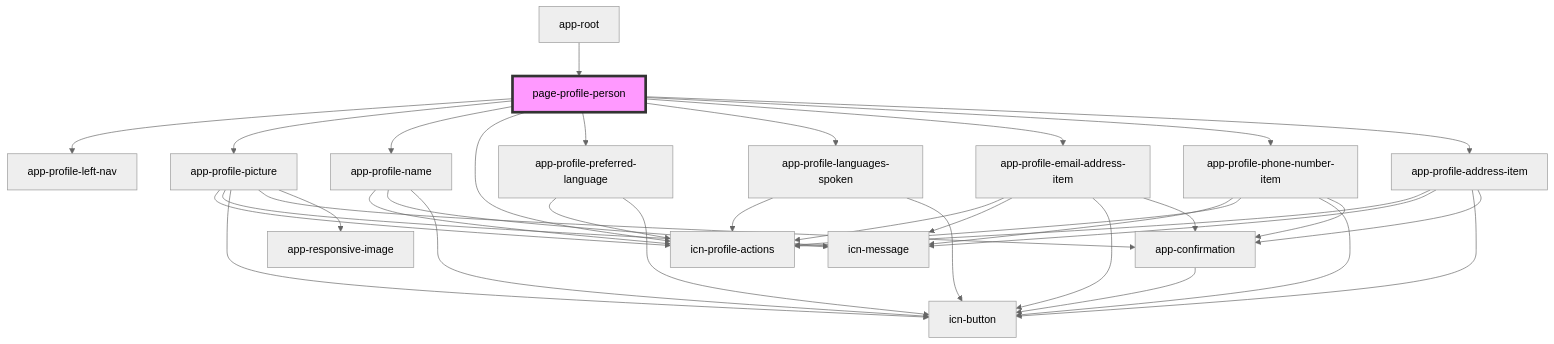
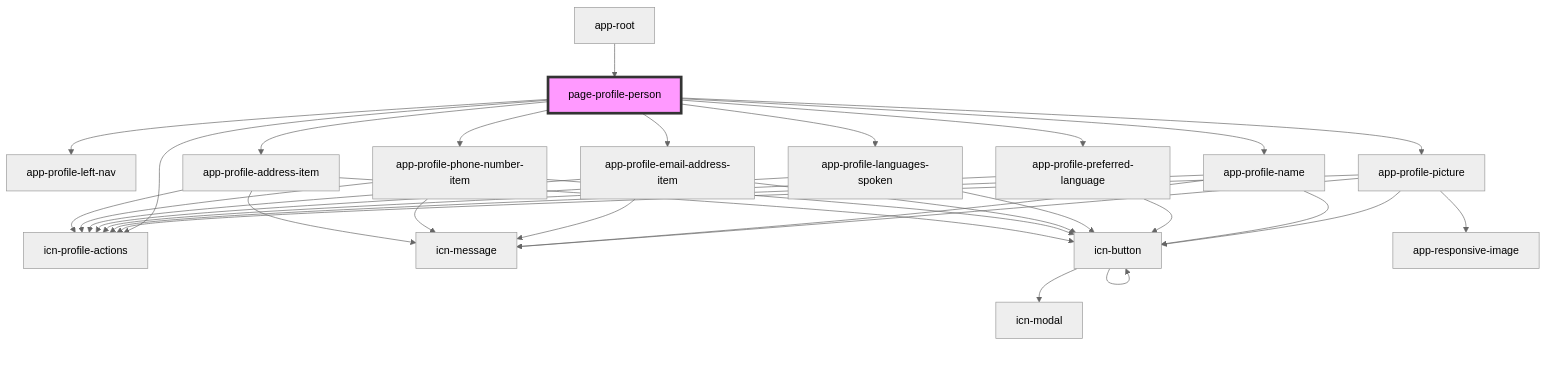
Before and after one commit to lokheed/IconEventNetwork.Web: the diagram in iconeventnetwork-web/src/components/pages/page-profile-person/readme.md, drawn with Mermaid (neutral theme). The commit also changed 38 other files, not shown here.

First line of the commit message:
Implemented icn-modal

````diff
--- a/iconeventnetwork-web/src/components/pages/page-profile-person/readme.md
+++ b/iconeventnetwork-web/src/components/pages/page-profile-person/readme.md
@@ -27,39 +27,36 @@
 ```mermaid
 graph TD;
   page-profile-person --> app-profile-left-nav
   page-profile-person --> app-profile-picture
   page-profile-person --> app-profile-name
   page-profile-person --> icn-profile-actions
   page-profile-person --> app-profile-preferred-language
   page-profile-person --> app-profile-languages-spoken
   page-profile-person --> app-profile-email-address-item
   page-profile-person --> app-profile-phone-number-item
   page-profile-person --> app-profile-address-item
   app-profile-picture --> icn-profile-actions
   app-profile-picture --> icn-message
   app-profile-picture --> icn-button
-  app-profile-picture --> app-confirmation
   app-profile-picture --> app-responsive-image
-  app-confirmation --> icn-button
+  icn-button --> icn-modal
+  icn-button --> icn-button
   app-profile-name --> icn-profile-actions
   app-profile-name --> icn-message
   app-profile-name --> icn-button
   app-profile-preferred-language --> icn-profile-actions
   app-profile-preferred-language --> icn-button
   app-profile-languages-spoken --> icn-profile-actions
   app-profile-languages-spoken --> icn-button
   app-profile-email-address-item --> icn-profile-actions
   app-profile-email-address-item --> icn-message
   app-profile-email-address-item --> icn-button
-  app-profile-email-address-item --> app-confirmation
   app-profile-phone-number-item --> icn-message
   app-profile-phone-number-item --> icn-profile-actions
   app-profile-phone-number-item --> icn-button
-  app-profile-phone-number-item --> app-confirmation
   app-profile-address-item --> icn-profile-actions
   app-profile-address-item --> icn-message
   app-profile-address-item --> icn-button
-  app-profile-address-item --> app-confirmation
   app-root --> page-profile-person
   style page-profile-person fill:#f9f,stroke:#333,stroke-width:4px
 ```
````
